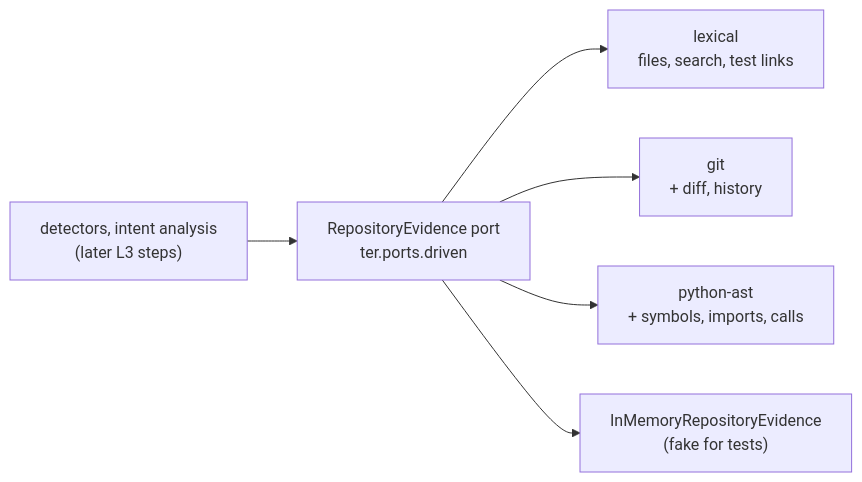
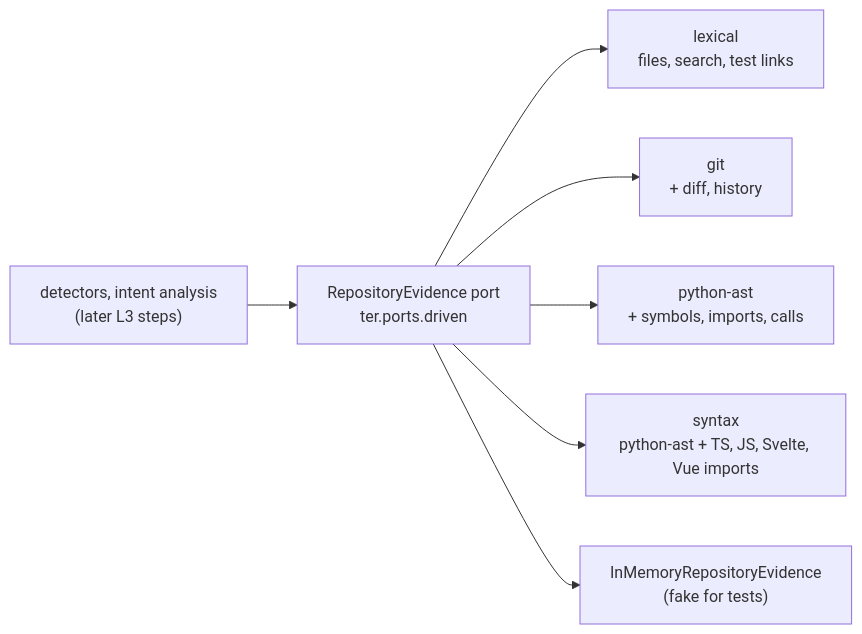
One commit to cplegendre/TER changed the diagram in docs/ter4/l3-grounded.md. Above: the diagram before and after it, drawn with Mermaid. The commit also changed other lines of this file and 22 other files, not shown here.

````diff
--- a/docs/ter4/l3-grounded.md
+++ b/docs/ter4/l3-grounded.md
@@ -49,8 +51,9 @@
 ```mermaid
 flowchart LR
     D["detectors, intent analysis<br/>(later L3 steps)"] --> P["RepositoryEvidence port<br/>ter.ports.driven"]
     P --> L["lexical<br/>files, search, test links"]
     P --> G["git<br/>+ diff, history"]
     P --> A["python-ast<br/>+ symbols, imports, calls"]
+    P --> S["syntax<br/>python-ast + TS, JS, Svelte, Vue imports"]
     P --> F["InMemoryRepositoryEvidence<br/>(fake for tests)"]
 ```
````
